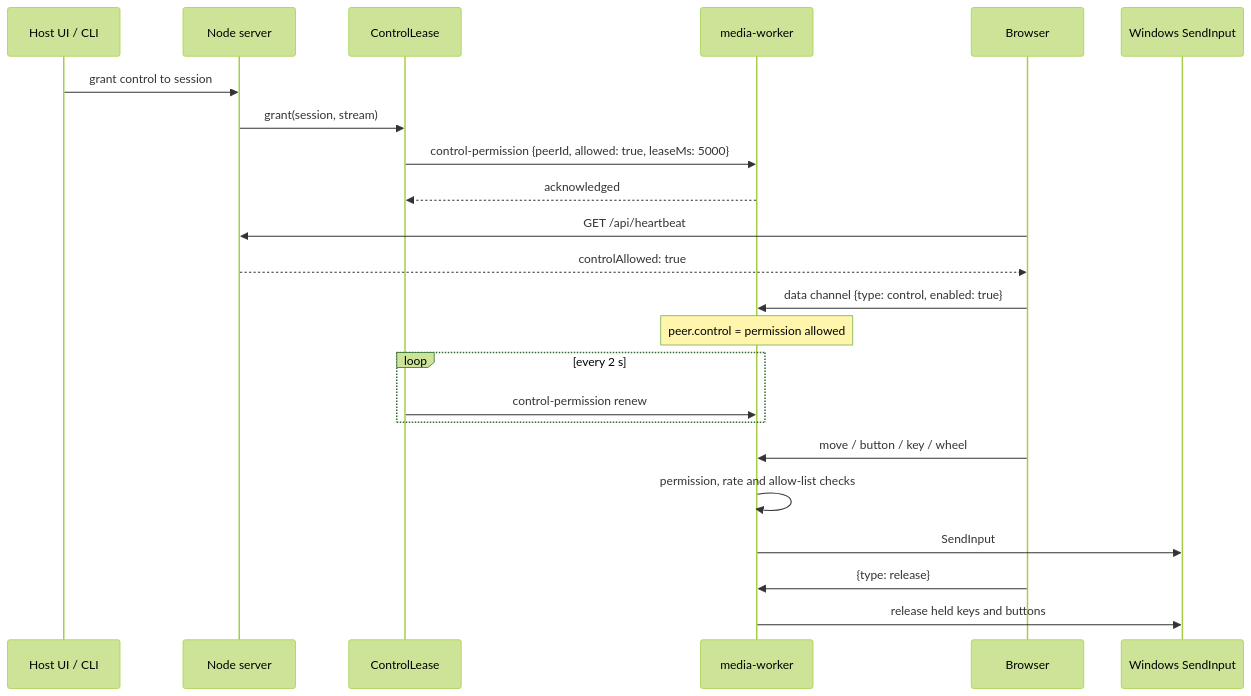
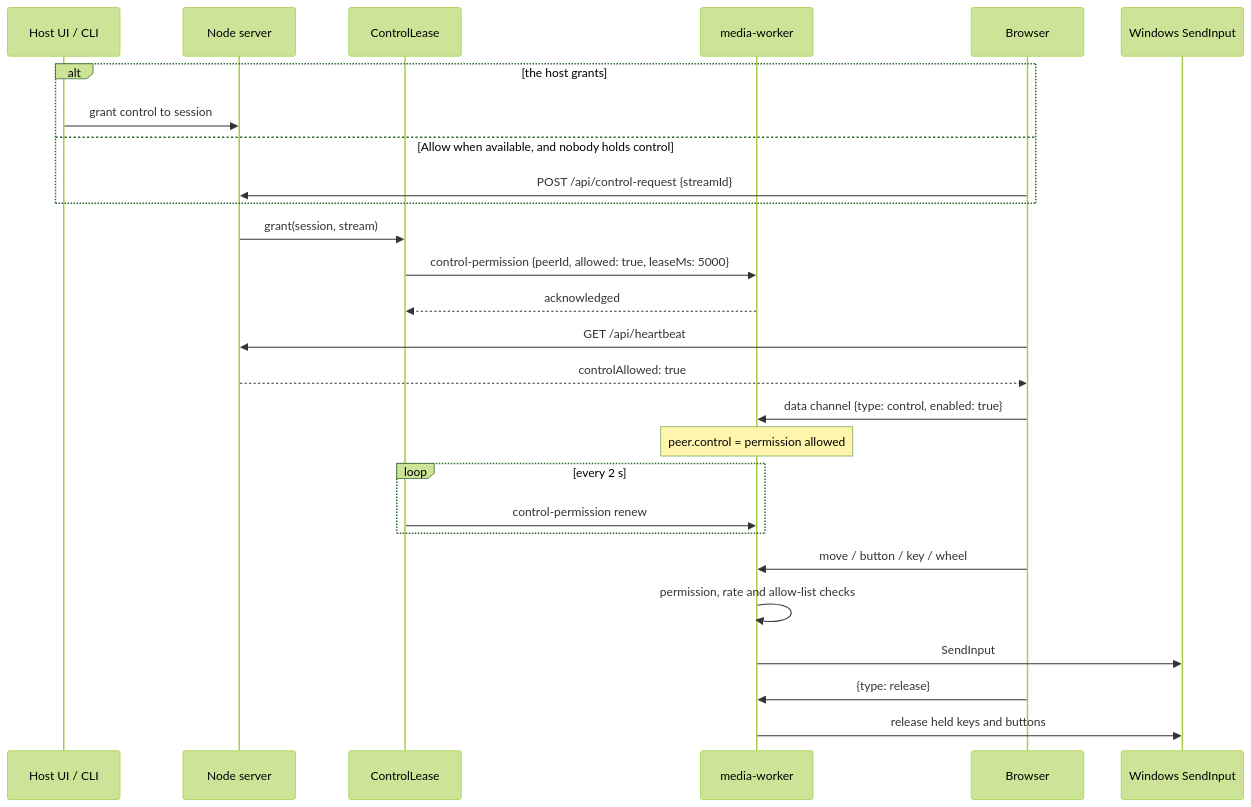
Before and after one commit to kiforsbe/vidvnc: diagram 12 of 18 in docs/ARCHITECTURE.md, drawn with Mermaid (forest theme). The commit also changed other lines of this file and 12 other files, not shown here.

First line of the commit message:
Control: take allowed control only when the viewer asks for it

````diff
--- a/docs/ARCHITECTURE.md
+++ b/docs/ARCHITECTURE.md
@@ -580,26 +596,30 @@
 ```mermaid
 sequenceDiagram
     participant Owner as Host UI / CLI
     participant Server as Node server
     participant Lease as ControlLease
     participant Worker as media-worker
     participant Browser
     participant OS as Windows SendInput
 
-    Owner->>Server: grant control to session
+    alt the host grants
+        Owner->>Server: grant control to session
+    else Allow when available, and nobody holds control
+        Browser->>Server: POST /api/control-request {streamId}
+    end
     Server->>Lease: grant(session, stream)
     Lease->>Worker: control-permission {peerId, allowed: true, leaseMs: 5000}
     Worker-->>Lease: acknowledged
     Browser->>Server: GET /api/heartbeat
     Server-->>Browser: controlAllowed: true
     Browser->>Worker: data channel {type: control, enabled: true}
     Note over Worker: peer.control = permission allowed
     loop every 2 s
         Lease->>Worker: control-permission renew
     end
     Browser->>Worker: move / button / key / wheel
     Worker->>Worker: permission, rate and allow-list checks
     Worker->>OS: SendInput
     Browser->>Worker: {type: release}
     Worker->>OS: release held keys and buttons
 ```
````
